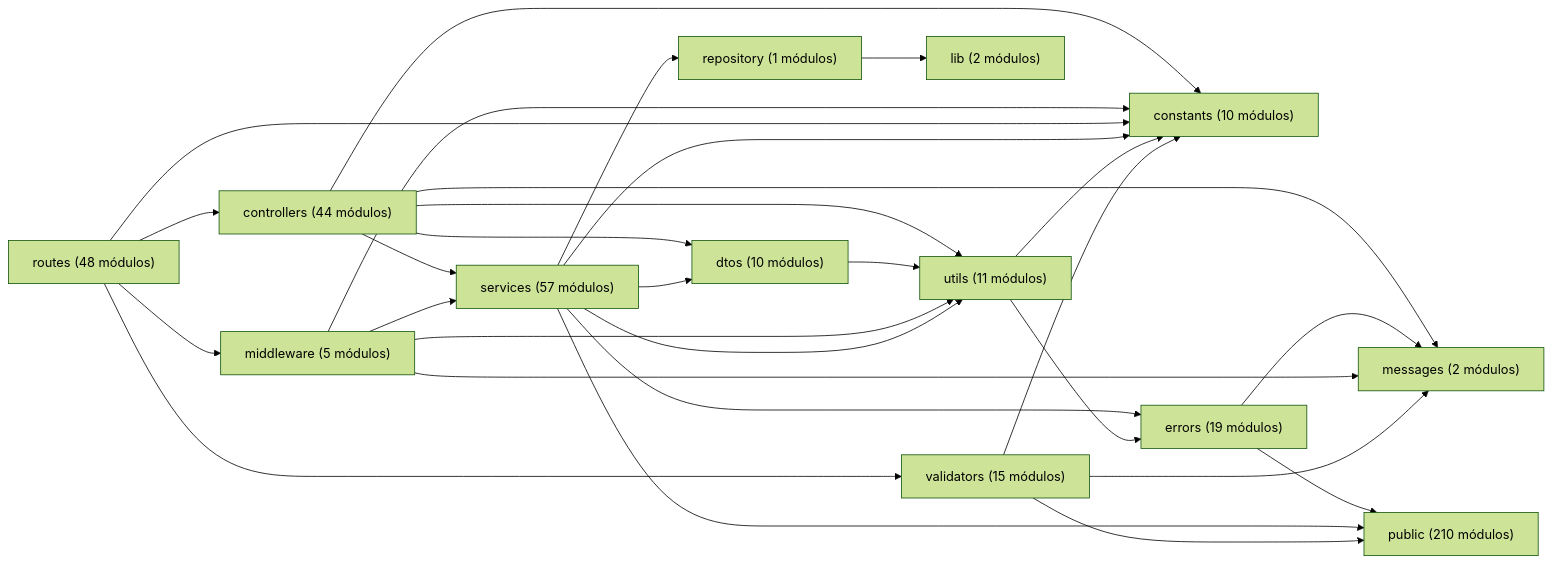
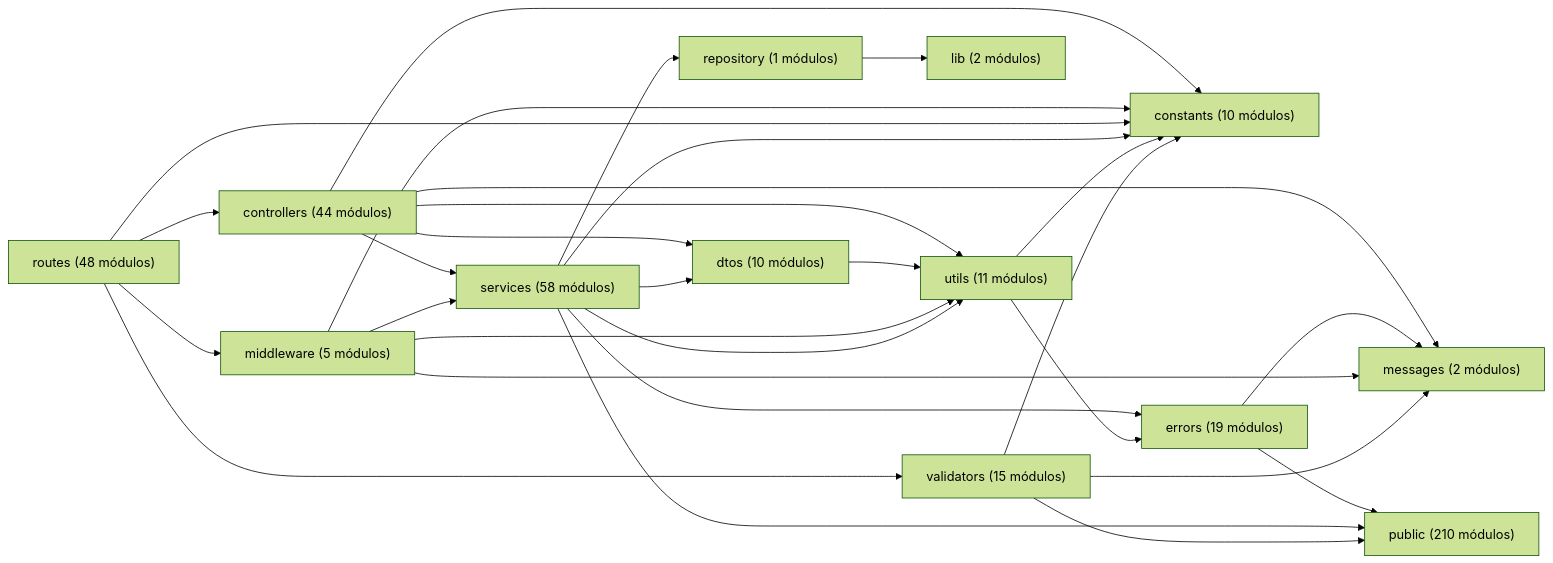
Before and after one commit to gpgsistemas01/nexus: the diagram in docs/architecture/views/development/code-map.md, drawn with Mermaid (forest theme). The commit also changed other lines of this file and 13 other files, not shown here.

````diff
--- a/docs/architecture/views/development/code-map.md
+++ b/docs/architecture/views/development/code-map.md
@@ -14,31 +14,31 @@
 ```mermaid
 flowchart LR
     controllers["controllers (44 módulos)"] --> constants["constants (10 módulos)"]
     controllers["controllers (44 módulos)"] --> dtos["dtos (10 módulos)"]
     controllers["controllers (44 módulos)"] --> messages["messages (2 módulos)"]
-    controllers["controllers (44 módulos)"] --> services["services (57 módulos)"]
+    controllers["controllers (44 módulos)"] --> services["services (58 módulos)"]
     controllers["controllers (44 módulos)"] --> utils["utils (11 módulos)"]
     dtos["dtos (10 módulos)"] --> utils["utils (11 módulos)"]
     errors["errors (19 módulos)"] --> messages["messages (2 módulos)"]
     errors["errors (19 módulos)"] --> public["public (210 módulos)"]
     middleware["middleware (5 módulos)"] --> constants["constants (10 módulos)"]
     middleware["middleware (5 módulos)"] --> messages["messages (2 módulos)"]
-    middleware["middleware (5 módulos)"] --> services["services (57 módulos)"]
+    middleware["middleware (5 módulos)"] --> services["services (58 módulos)"]
     middleware["middleware (5 módulos)"] --> utils["utils (11 módulos)"]
     repository["repository (1 módulos)"] --> lib["lib (2 módulos)"]
     routes["routes (48 módulos)"] --> constants["constants (10 módulos)"]
     routes["routes (48 módulos)"] --> controllers["controllers (44 módulos)"]
     routes["routes (48 módulos)"] --> middleware["middleware (5 módulos)"]
     routes["routes (48 módulos)"] --> validators["validators (15 módulos)"]
-    services["services (57 módulos)"] --> constants["constants (10 módulos)"]
-    services["services (57 módulos)"] --> dtos["dtos (10 módulos)"]
-    services["services (57 módulos)"] --> errors["errors (19 módulos)"]
-    services["services (57 módulos)"] --> public["public (210 módulos)"]
-    services["services (57 módulos)"] --> repository["repository (1 módulos)"]
-    services["services (57 módulos)"] --> utils["utils (11 módulos)"]
+    services["services (58 módulos)"] --> constants["constants (10 módulos)"]
+    services["services (58 módulos)"] --> dtos["dtos (10 módulos)"]
+    services["services (58 módulos)"] --> errors["errors (19 módulos)"]
+    services["services (58 módulos)"] --> public["public (210 módulos)"]
+    services["services (58 módulos)"] --> repository["repository (1 módulos)"]
+    services["services (58 módulos)"] --> utils["utils (11 módulos)"]
     utils["utils (11 módulos)"] --> constants["constants (10 módulos)"]
     utils["utils (11 módulos)"] --> errors["errors (19 módulos)"]
     validators["validators (15 módulos)"] --> constants["constants (10 módulos)"]
     validators["validators (15 módulos)"] --> messages["messages (2 módulos)"]
     validators["validators (15 módulos)"] --> public["public (210 módulos)"]
 ```
````
